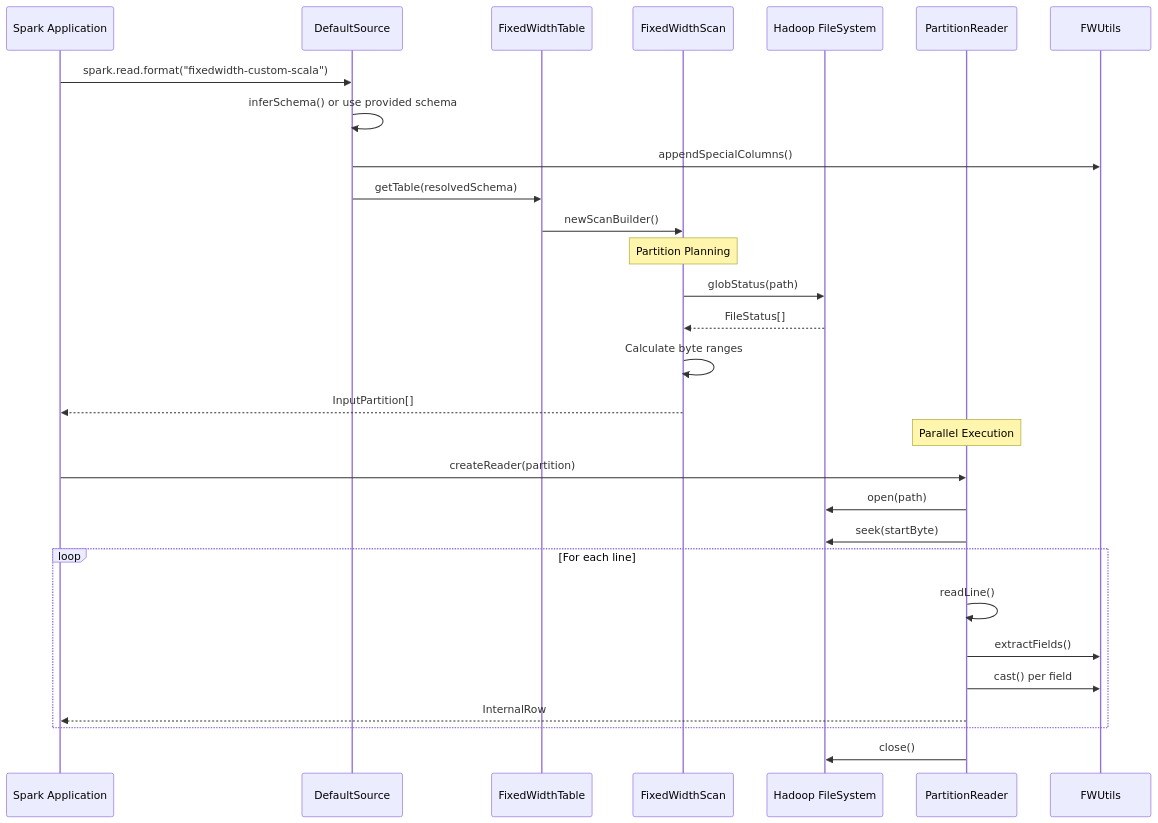
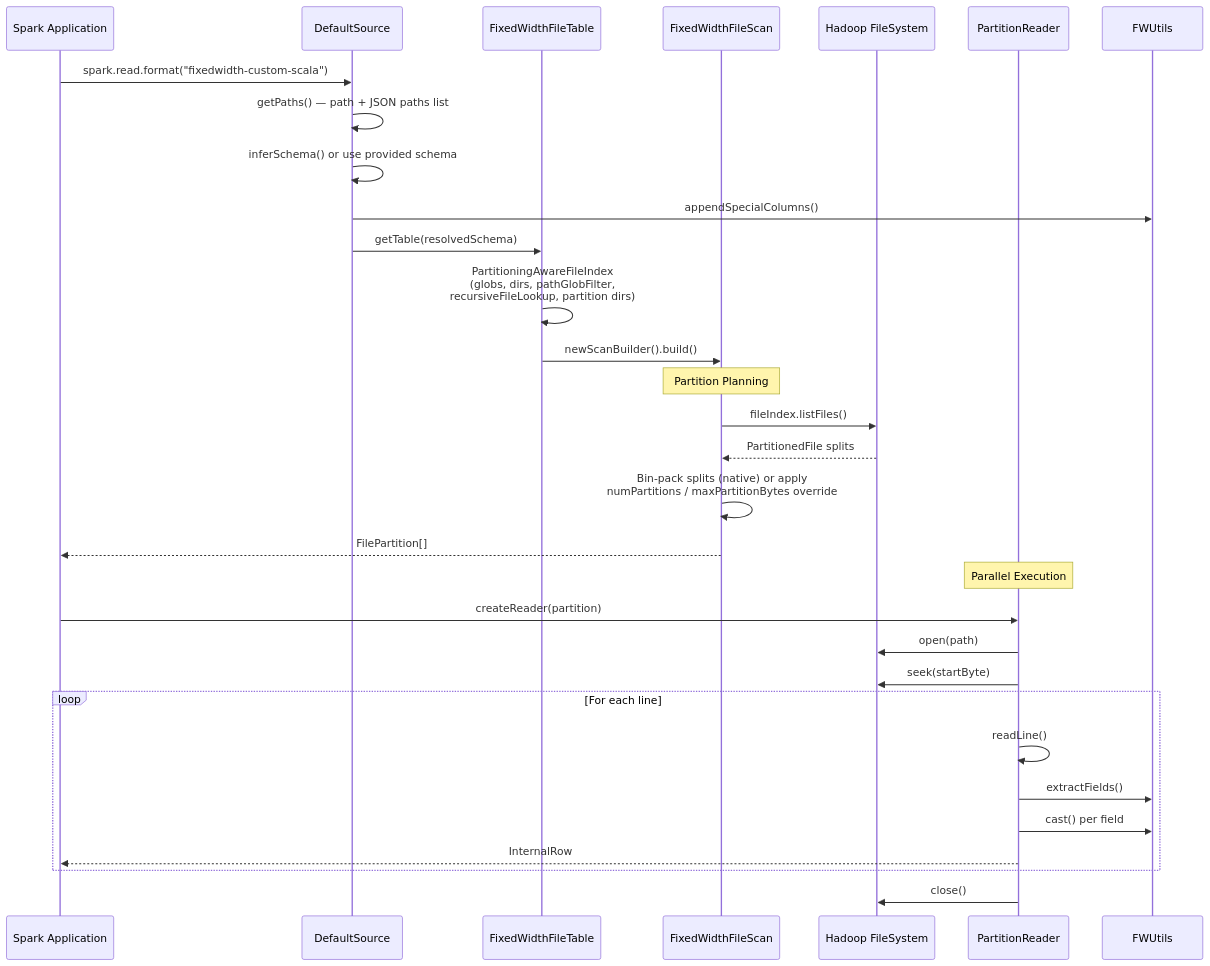
The third of 6 diagrams in docs/ARCHITECTURE.md (alextimmer/spark-databricks-fixedwidth-datasource-v2), drawn with Mermaid before and after one commit. The commit also changed other lines of this file and 32 other files, not shown here.

First line of the commit message:
feat: migrate read path to Spark FileScan machinery (0.2.0)

````diff
--- a/docs/ARCHITECTURE.md
+++ b/docs/ARCHITECTURE.md
@@ -351,36 +367,38 @@
 ```mermaid
 sequenceDiagram
     participant App as Spark Application
     participant DS as DefaultSource
-    participant Table as FixedWidthTable
-    participant Scan as FixedWidthScan
+    participant Table as FixedWidthFileTable
+    participant Scan as FixedWidthFileScan
     participant Hadoop as Hadoop FileSystem
     participant Reader as PartitionReader
     participant Utils as FWUtils
 
     App->>DS: spark.read.format("fixedwidth-custom-scala")
+    DS->>DS: getPaths() — path + JSON paths list
     DS->>DS: inferSchema() or use provided schema
     DS->>Utils: appendSpecialColumns()
     DS->>Table: getTable(resolvedSchema)
-    Table->>Scan: newScanBuilder()
+    Table->>Table: PartitioningAwareFileIndex<br/>(globs, dirs, pathGlobFilter,<br/>recursiveFileLookup, partition dirs)
+    Table->>Scan: newScanBuilder().build()
 
     Note over Scan: Partition Planning
-    Scan->>Hadoop: globStatus(path)
-    Hadoop-->>Scan: FileStatus[]
-    Scan->>Scan: Calculate byte ranges
-    Scan-->>App: InputPartition[]
+    Scan->>Hadoop: fileIndex.listFiles()
+    Hadoop-->>Scan: PartitionedFile splits
+    Scan->>Scan: Bin-pack splits (native) or apply<br/>numPartitions / maxPartitionBytes override
+    Scan-->>App: FilePartition[]
 
     Note over Reader: Parallel Execution
     App->>Reader: createReader(partition)
     Reader->>Hadoop: open(path)
     Reader->>Hadoop: seek(startByte)
 
     loop For each line
         Reader->>Reader: readLine()
         Reader->>Utils: extractFields()
         Reader->>Utils: cast() per field
         Reader-->>App: InternalRow
     end
 
     Reader->>Hadoop: close()
 ```
````
